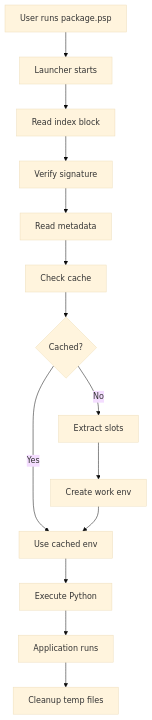
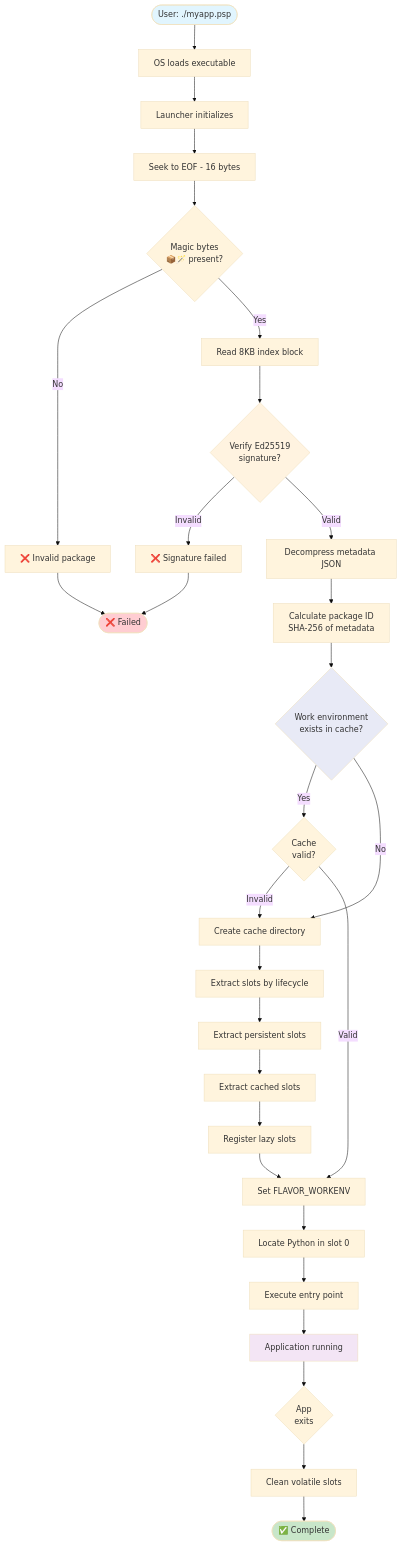
The second of 2 diagrams in docs/guide/concepts/package-structure.md (provide-io/flavorpack), drawn with Mermaid (base theme) before and after one commit. The commit also changed other lines of this file and 82 other files, not shown here.

````diff
--- a/docs/guide/concepts/package-structure.md
+++ b/docs/guide/concepts/package-structure.md
@@ -281,16 +339,49 @@
 ```mermaid
-graph TD
-    A[User runs package.psp] --> B[Launcher starts]
-    B --> C[Read index block]
-    C --> D[Verify signature]
-    D --> E[Read metadata]
-    E --> F[Check cache]
-    F --> G{Cached?}
-    G -->|Yes| H[Use cached env]
-    G -->|No| I[Extract slots]
-    I --> J[Create work env]
-    J --> H
-    H --> K[Execute Python]
-    K --> L[Application runs]
-    L --> M[Cleanup temp files]
+flowchart TD
+    Start([User: ./myapp.psp]) --> OSExec[OS loads executable]
+    OSExec --> LauncherInit[Launcher initializes]
+
+    LauncherInit --> FindIndex[Seek to EOF - 16 bytes]
+    FindIndex --> ReadMagic{Magic bytes<br/>📦🪄 present?}
+
+    ReadMagic -->|No| Error1[❌ Invalid package]
+    ReadMagic -->|Yes| ReadIndexBlock[Read 8KB index block]
+
+    ReadIndexBlock --> VerifySig{Verify Ed25519<br/>signature?}
+    VerifySig -->|Invalid| Error2[❌ Signature failed]
+    VerifySig -->|Valid| ReadMeta[Decompress metadata JSON]
+
+    ReadMeta --> CalcCacheID[Calculate package ID<br/>SHA-256 of metadata]
+    CalcCacheID --> CheckCache{Work environment<br/>exists in cache?}
+
+    CheckCache -->|Yes| ValidateCache{Cache<br/>valid?}
+    CheckCache -->|No| CreateWorkDir[Create cache directory]
+
+    ValidateCache -->|Invalid| CreateWorkDir
+    ValidateCache -->|Valid| SetEnv[Set FLAVOR_WORKENV]
+
+    CreateWorkDir --> ExtractSlots[Extract slots by lifecycle]
+    ExtractSlots --> ExtractPersistent[Extract persistent slots]
+    ExtractPersistent --> ExtractCached[Extract cached slots]
+    ExtractCached --> RegisterLazy[Register lazy slots]
+    RegisterLazy --> SetEnv
+
+    SetEnv --> FindPython[Locate Python in slot 0]
+    FindPython --> ExecApp[Execute entry point]
+
+    ExecApp --> AppRuns[Application running]
+    AppRuns --> AppExit{App<br/>exits}
+
+    AppExit --> CleanVolatile[Clean volatile slots]
+    CleanVolatile --> Done([✅ Complete])
+
+    Error1 --> Failed([❌ Failed])
+    Error2 --> Failed
+
+    style Start fill:#e1f5fe
+    style Done fill:#c8e6c9
+    style Failed fill:#ffcdd2
+    style VerifySig fill:#fff3e0
+    style CheckCache fill:#e8eaf6
+    style AppRuns fill:#f3e5f5
 ```
````
